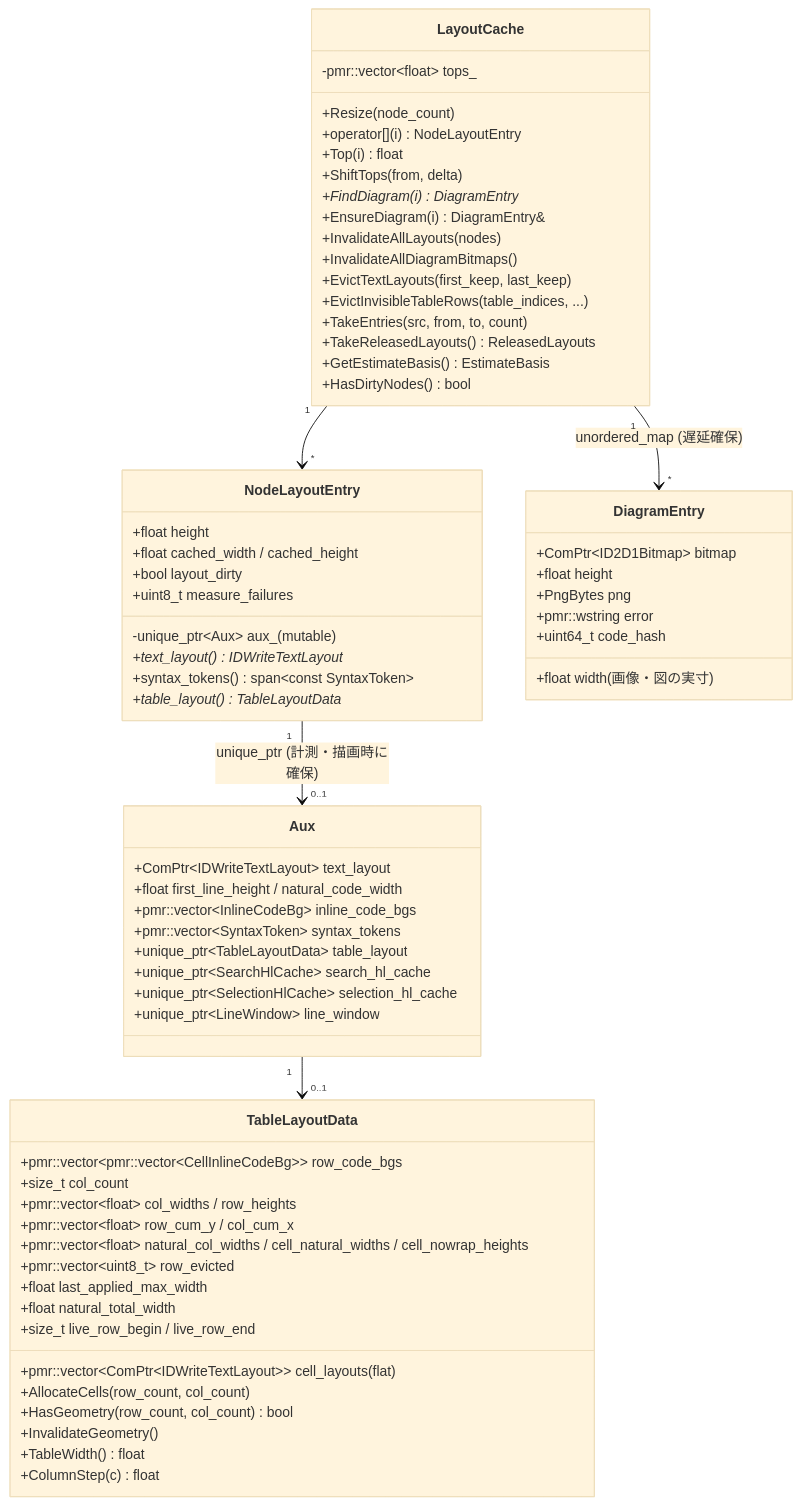
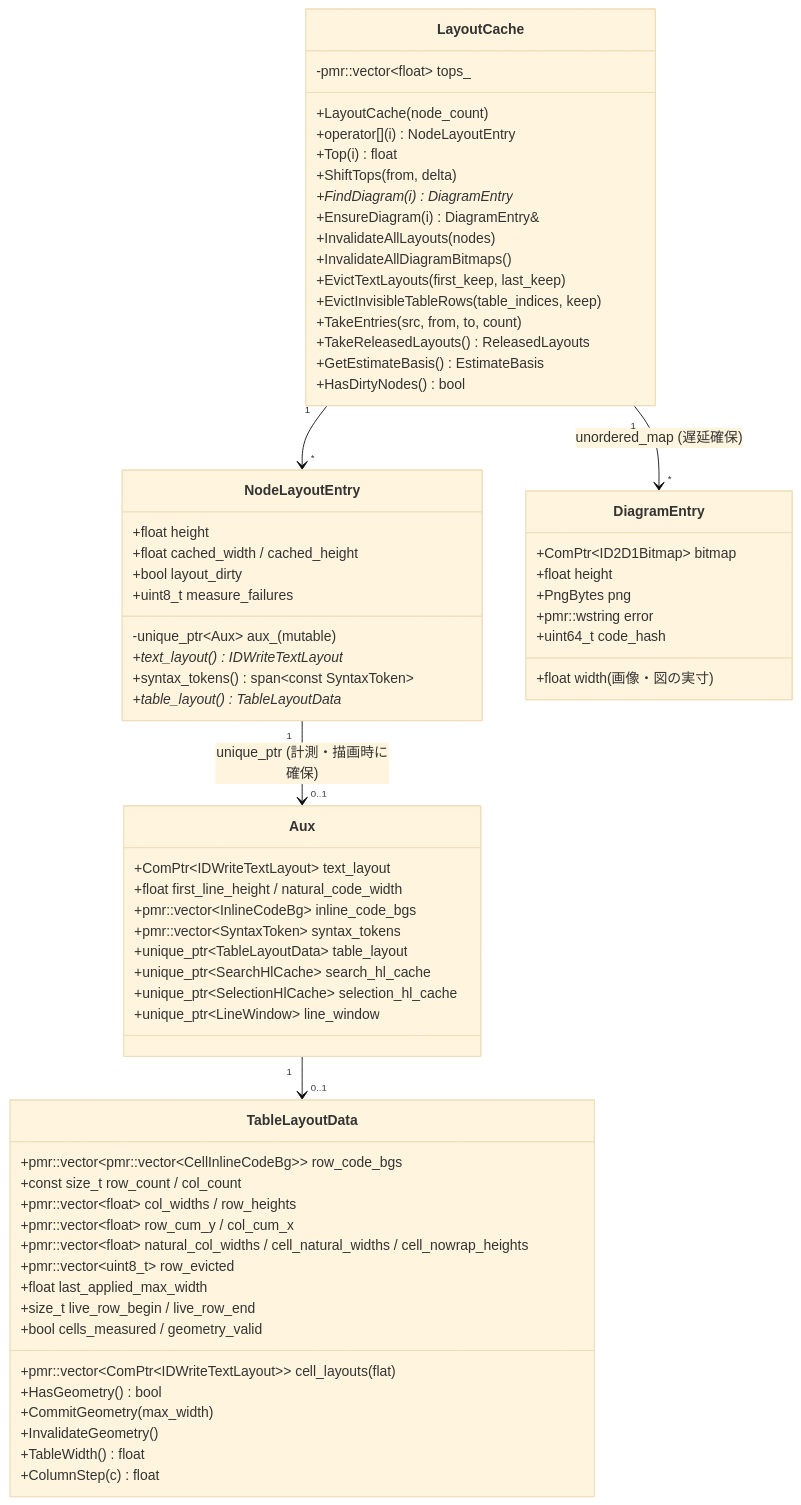
Before and after one commit to tanaton/mendo: diagram 16 of 27 in example/test.md, drawn with Mermaid (base theme). The commit also changed other lines of this file and 161 other files, not shown here.

````diff
--- a/example/test.md
+++ b/example/test.md
@@ -2964,74 +2878,74 @@
 ```mermaid
 classDiagram
     class LayoutCache {
-        +Resize(node_count)
+        +LayoutCache(node_count)
         +operator[](i) NodeLayoutEntry
         +Top(i) float
         +ShiftTops(from, delta)
         +FindDiagram(i) DiagramEntry*
         +EnsureDiagram(i) DiagramEntry&
         +InvalidateAllLayouts(nodes)
         +InvalidateAllDiagramBitmaps()
         +EvictTextLayouts(first_keep, last_keep)
-        +EvictInvisibleTableRows(table_indices, ...)
+        +EvictInvisibleTableRows(table_indices, keep)
         +TakeEntries(src, from, to, count)
         +TakeReleasedLayouts() ReleasedLayouts
         +GetEstimateBasis() EstimateBasis
         +HasDirtyNodes() bool
         -pmr::vector~float~ tops_
     }
 
     class NodeLayoutEntry {
         +float height
         +float cached_width / cached_height
         +bool layout_dirty
         +uint8_t measure_failures
         -unique_ptr~Aux~ aux_ (mutable)
         +text_layout() IDWriteTextLayout*
         +syntax_tokens() span~const SyntaxToken~
         +table_layout() TableLayoutData*
     }
 
     class Aux {
         +ComPtr~IDWriteTextLayout~ text_layout
         +float first_line_height / natural_code_width
         +pmr::vector~InlineCodeBg~ inline_code_bgs
         +pmr::vector~SyntaxToken~ syntax_tokens
         +unique_ptr~TableLayoutData~ table_layout
         +unique_ptr~SearchHlCache~ search_hl_cache
         +unique_ptr~SelectionHlCache~ selection_hl_cache
         +unique_ptr~LineWindow~ line_window
     }
 
     class TableLayoutData {
         +pmr::vector~ComPtr~IDWriteTextLayout~~ cell_layouts (flat)
         +pmr::vector~pmr::vector~CellInlineCodeBg~~ row_code_bgs
-        +size_t col_count
+        +const size_t row_count / col_count
         +pmr::vector~float~ col_widths / row_heights
         +pmr::vector~float~ row_cum_y / col_cum_x
         +pmr::vector~float~ natural_col_widths / cell_natural_widths / cell_nowrap_heights
         +pmr::vector~uint8_t~ row_evicted
         +float last_applied_max_width
-        +float natural_total_width
         +size_t live_row_begin / live_row_end
-        +AllocateCells(row_count, col_count)
-        +HasGeometry(row_count, col_count) bool
+        +bool cells_measured / geometry_valid
+        +HasGeometry() bool
+        +CommitGeometry(max_width)
         +InvalidateGeometry()
         +TableWidth() float
         +ColumnStep(c) float
     }
 
     class DiagramEntry {
         +ComPtr~ID2D1Bitmap~ bitmap
         +float width (画像・図の実寸)
         +float height
         +PngBytes png
         +pmr::wstring error
         +uint64_t code_hash
     }
 
     LayoutCache "1" --> "*" NodeLayoutEntry
     LayoutCache "1" --> "*" DiagramEntry : unordered_map (遅延確保)
     NodeLayoutEntry "1" --> "0..1" Aux : unique_ptr (計測・描画時に確保)
     Aux "1" --> "0..1" TableLayoutData
 ```
````
